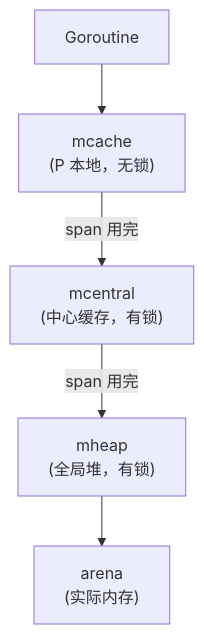
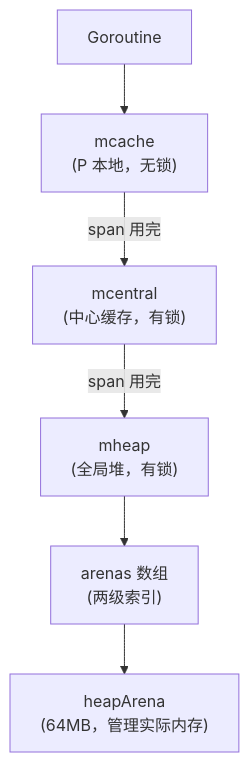
One commit to djaigoo/blog changed diagram 27 of 27 in _posts/golang/内存分配器.md. Above: the diagram before and after it, drawn with Mermaid. The commit also changed other lines of this file and 109 other files, not shown here.

````diff
--- a/_posts/golang/内存分配器.md
+++ b/_posts/golang/内存分配器.md
@@ -806,13 +1500,15 @@
 ```mermaid
 flowchart TD
     G["Goroutine"]
     M["mcache<br/>(P 本地，无锁)"]
     C["mcentral<br/>(中心缓存，有锁)"]
     H["mheap<br/>(全局堆，有锁)"]
-    A["arena<br/>(实际内存)"]
+    Arenas["arenas 数组<br/>(两级索引)"]
+    HA["heapArena<br/>(64MB，管理实际内存)"]
     
     G --> M
     M -->|span 用完| C
     C -->|span 用完| H
-    H --> A
+    H --> Arenas
+    Arenas --> HA
 ```
````
